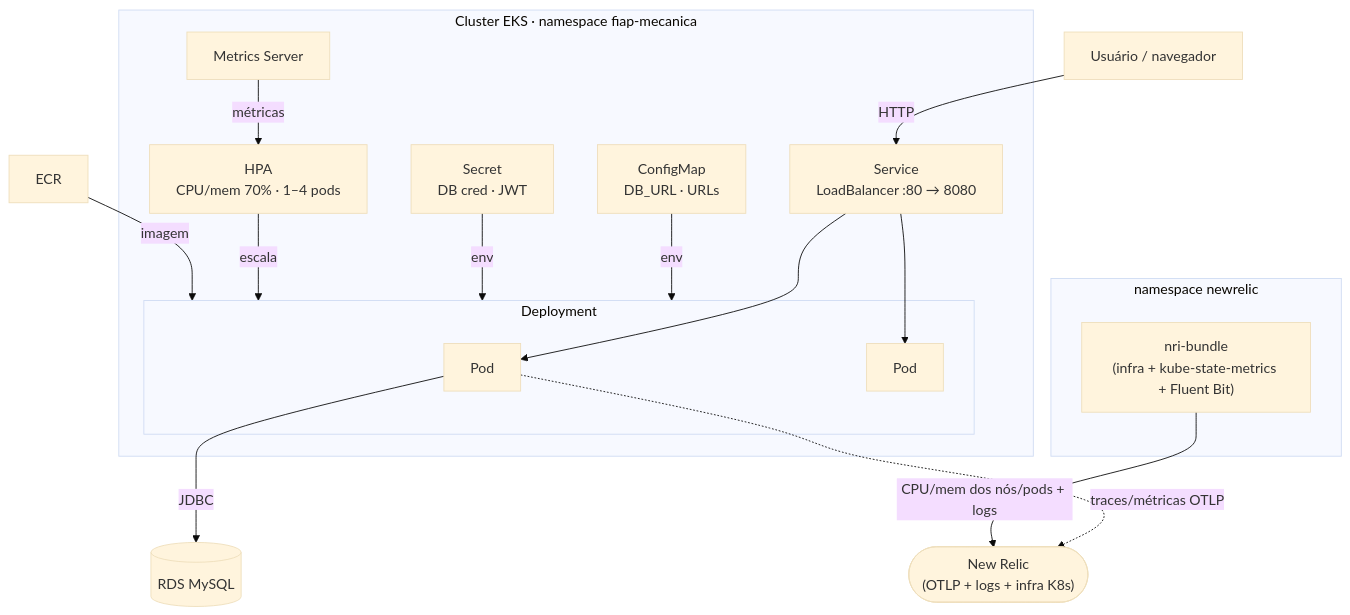
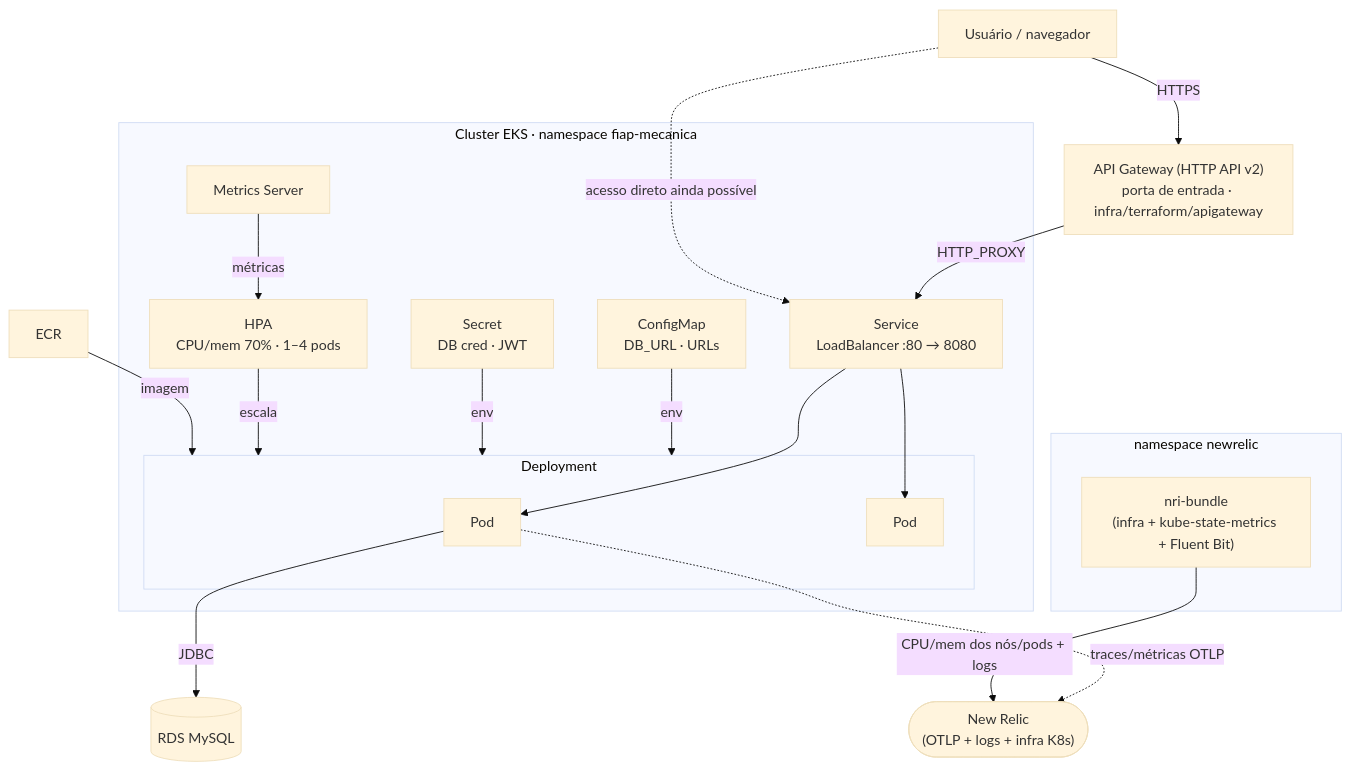
The diagram in k8s/README.md (ArthurPeruzzo/fiap-mecanica), drawn with Mermaid (base theme) before and after one commit. The commit also changed other lines of this file and 11 other files, not shown here.

Commit message:
M10 - api gateway

````diff
--- a/k8s/README.md
+++ b/k8s/README.md
@@ -7,34 +7,36 @@
 ```mermaid
 graph TB
     User["Usuário / navegador"]
+    APIGW["API Gateway (HTTP API v2)<br/>porta de entrada · infra/terraform/apigateway"]
 
     subgraph NS["Cluster EKS · namespace fiap-mecanica"]
         SVC["Service<br/>LoadBalancer :80 → 8080"]
         subgraph DEP["Deployment"]
             P1["Pod"]
             P2["Pod"]
         end
         HPA["HPA<br/>CPU/mem 70% · 1–4 pods"]
         CM["ConfigMap<br/>DB_URL · URLs"]
         SEC["Secret<br/>DB cred · JWT"]
         MS["Metrics Server"]
     end
 
     subgraph NR["namespace newrelic"]
         NRB["nri-bundle<br/>(infra + kube-state-metrics + Fluent Bit)"]
     end
 
     ECR["ECR"]
     RDS[("RDS MySQL")]
     NEWRELIC(["New Relic<br/>(OTLP + logs + infra K8s)"])
 
-    User -->|HTTP| SVC --> P1 & P2
+    User -->|HTTPS| APIGW -->|HTTP_PROXY| SVC --> P1 & P2
+    User -.->|acesso direto ainda possível| SVC
     CM -->|env| DEP
     SEC -->|env| DEP
     MS -->|métricas| HPA
     HPA -->|escala| DEP
     ECR -->|imagem| DEP
     P1 -->|JDBC| RDS
     P1 -.->|traces/métricas OTLP| NEWRELIC
     NRB -->|CPU/mem dos nós/pods + logs| NEWRELIC
 ```
````
